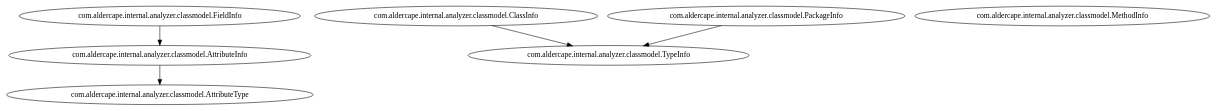
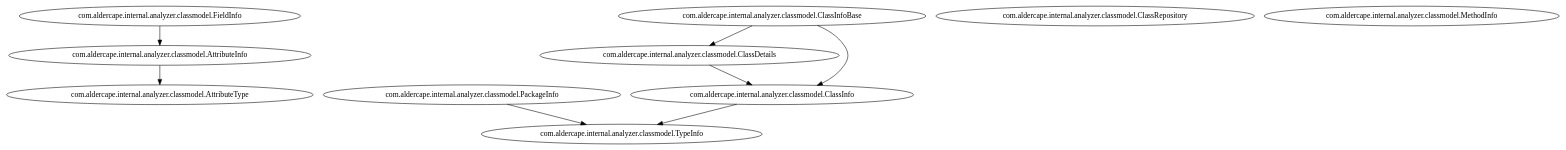
The diagram in com.aldercape.internal.analyzer.classmodel.dot (AlderCape/Analyzer), drawn with Graphviz before and after one commit. The commit also changed 20 other files, not shown here.

```diff
--- a/com.aldercape.internal.analyzer.classmodel.dot
+++ b/com.aldercape.internal.analyzer.classmodel.dot
@@ -1,13 +1,19 @@
 digraph G {
 "com.aldercape.internal.analyzer.classmodel.AttributeInfo" [label="com.aldercape.internal.analyzer.classmodel.AttributeInfo"];
 "com.aldercape.internal.analyzer.classmodel.AttributeType" [label="com.aldercape.internal.analyzer.classmodel.AttributeType"];
+"com.aldercape.internal.analyzer.classmodel.ClassDetails" [label="com.aldercape.internal.analyzer.classmodel.ClassDetails"];
 "com.aldercape.internal.analyzer.classmodel.ClassInfo" [label="com.aldercape.internal.analyzer.classmodel.ClassInfo"];
+"com.aldercape.internal.analyzer.classmodel.ClassInfoBase" [label="com.aldercape.internal.analyzer.classmodel.ClassInfoBase"];
+"com.aldercape.internal.analyzer.classmodel.ClassRepository" [label="com.aldercape.internal.analyzer.classmodel.ClassRepository"];
 "com.aldercape.internal.analyzer.classmodel.FieldInfo" [label="com.aldercape.internal.analyzer.classmodel.FieldInfo"];
 "com.aldercape.internal.analyzer.classmodel.MethodInfo" [label="com.aldercape.internal.analyzer.classmodel.MethodInfo"];
 "com.aldercape.internal.analyzer.classmodel.PackageInfo" [label="com.aldercape.internal.analyzer.classmodel.PackageInfo"];
 "com.aldercape.internal.analyzer.classmodel.TypeInfo" [label="com.aldercape.internal.analyzer.classmodel.TypeInfo"];
 "com.aldercape.internal.analyzer.classmodel.AttributeInfo" -> "com.aldercape.internal.analyzer.classmodel.AttributeType";
+"com.aldercape.internal.analyzer.classmodel.ClassDetails" -> "com.aldercape.internal.analyzer.classmodel.ClassInfo";
 "com.aldercape.internal.analyzer.classmodel.ClassInfo" -> "com.aldercape.internal.analyzer.classmodel.TypeInfo";
+"com.aldercape.internal.analyzer.classmodel.ClassInfoBase" -> "com.aldercape.internal.analyzer.classmodel.ClassDetails";
+"com.aldercape.internal.analyzer.classmodel.ClassInfoBase" -> "com.aldercape.internal.analyzer.classmodel.ClassInfo";
 "com.aldercape.internal.analyzer.classmodel.FieldInfo" -> "com.aldercape.internal.analyzer.classmodel.AttributeInfo";
 "com.aldercape.internal.analyzer.classmodel.PackageInfo" -> "com.aldercape.internal.analyzer.classmodel.TypeInfo";
 }
```
